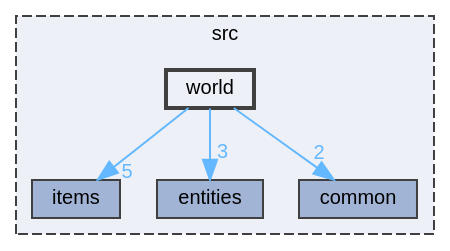
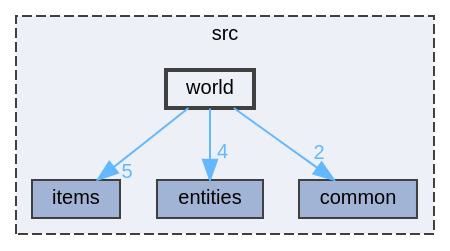
The diagram in dir_6826d79532171ff2338799cfd298b875_dep.dot (wwerniss/oop-lab1-refactoring), drawn with Graphviz before and after one commit. The commit also changed 358 other files, not shown here.

```diff
--- a/dir_6826d79532171ff2338799cfd298b875_dep.dot
+++ b/dir_6826d79532171ff2338799cfd298b875_dep.dot
@@ -1,18 +1,18 @@
 digraph "src/world"
 {
  // LATEX_PDF_SIZE
   bgcolor="transparent";
   edge [fontname=Helvetica,fontsize=10,labelfontname=Helvetica,labelfontsize=10];
   node [fontname=Helvetica,fontsize=10,shape=box,height=0.2,width=0.4];
   compound=true
   subgraph clusterdir_68267d1309a1af8e8297ef4c3efbcdba {
     graph [ bgcolor="#edf0f7", pencolor="grey25", label="src", fontname=Helvetica,fontsize=10 style="filled,dashed", URL="dir_68267d1309a1af8e8297ef4c3efbcdba.html",tooltip=""]
   dir_17cee08e17148530a7aedf85f92ee362 [label="items", fillcolor="#a2b4d6", color="grey25", style="filled", URL="dir_17cee08e17148530a7aedf85f92ee362.html",tooltip=""];
   dir_d691984d1d74be3b164cee16192654be [label="entities", fillcolor="#a2b4d6", color="grey25", style="filled", URL="dir_d691984d1d74be3b164cee16192654be.html",tooltip=""];
   dir_fdedb0aba14d44ce9d99bc100e026e6a [label="common", fillcolor="#a2b4d6", color="grey25", style="filled", URL="dir_fdedb0aba14d44ce9d99bc100e026e6a.html",tooltip=""];
   dir_6826d79532171ff2338799cfd298b875 [label="world", fillcolor="#edf0f7", color="grey25", style="filled,bold", URL="dir_6826d79532171ff2338799cfd298b875.html",tooltip=""];
   }
-  dir_6826d79532171ff2338799cfd298b875->dir_17cee08e17148530a7aedf85f92ee362 [headlabel="5", labeldistance=1.5 headhref="dir_000012_000005.html" href="dir_000012_000005.html" color="steelblue1" fontcolor="steelblue1"];
-  dir_6826d79532171ff2338799cfd298b875->dir_d691984d1d74be3b164cee16192654be [headlabel="3", labeldistance=1.5 headhref="dir_000012_000002.html" href="dir_000012_000002.html" color="steelblue1" fontcolor="steelblue1"];
-  dir_6826d79532171ff2338799cfd298b875->dir_fdedb0aba14d44ce9d99bc100e026e6a [headlabel="2", labeldistance=1.5 headhref="dir_000012_000000.html" href="dir_000012_000000.html" color="steelblue1" fontcolor="steelblue1"];
+  dir_6826d79532171ff2338799cfd298b875->dir_17cee08e17148530a7aedf85f92ee362 [headlabel="5", labeldistance=1.5 headhref="dir_000014_000005.html" href="dir_000014_000005.html" color="steelblue1" fontcolor="steelblue1"];
+  dir_6826d79532171ff2338799cfd298b875->dir_d691984d1d74be3b164cee16192654be [headlabel="4", labeldistance=1.5 headhref="dir_000014_000002.html" href="dir_000014_000002.html" color="steelblue1" fontcolor="steelblue1"];
+  dir_6826d79532171ff2338799cfd298b875->dir_fdedb0aba14d44ce9d99bc100e026e6a [headlabel="2", labeldistance=1.5 headhref="dir_000014_000000.html" href="dir_000014_000000.html" color="steelblue1" fontcolor="steelblue1"];
 }
```
